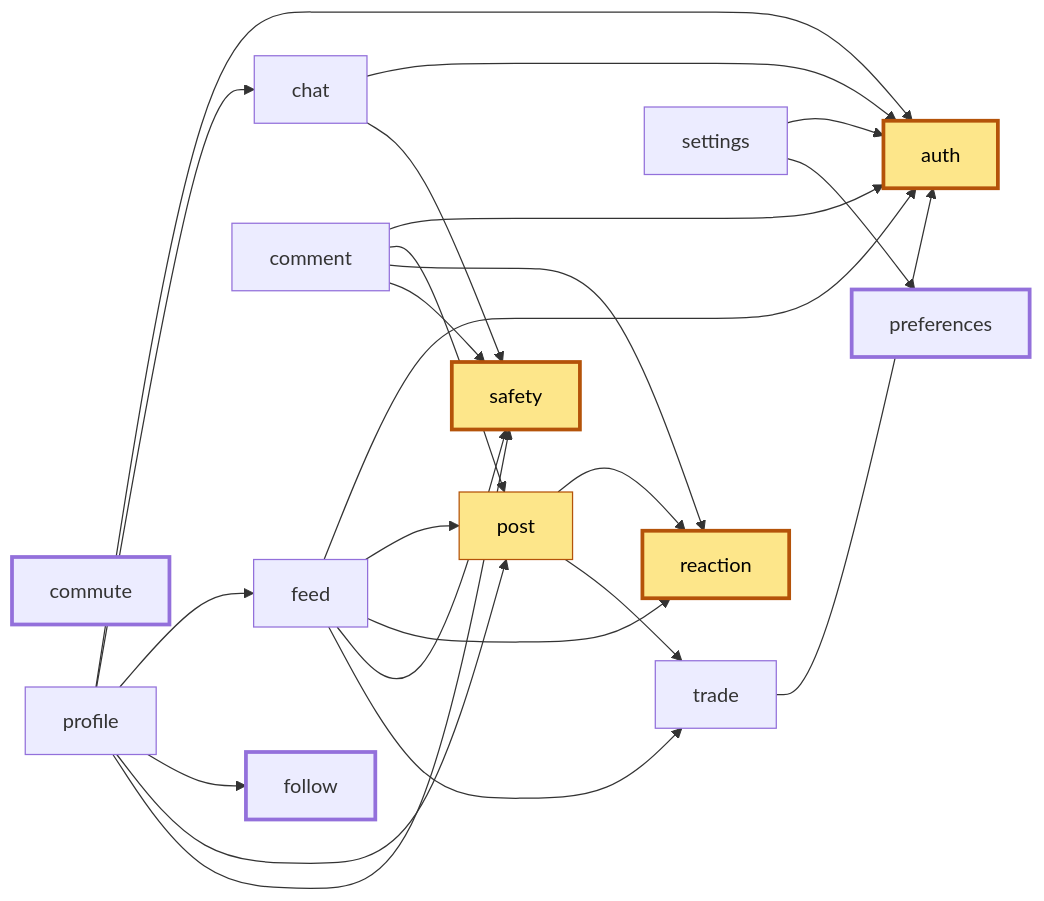
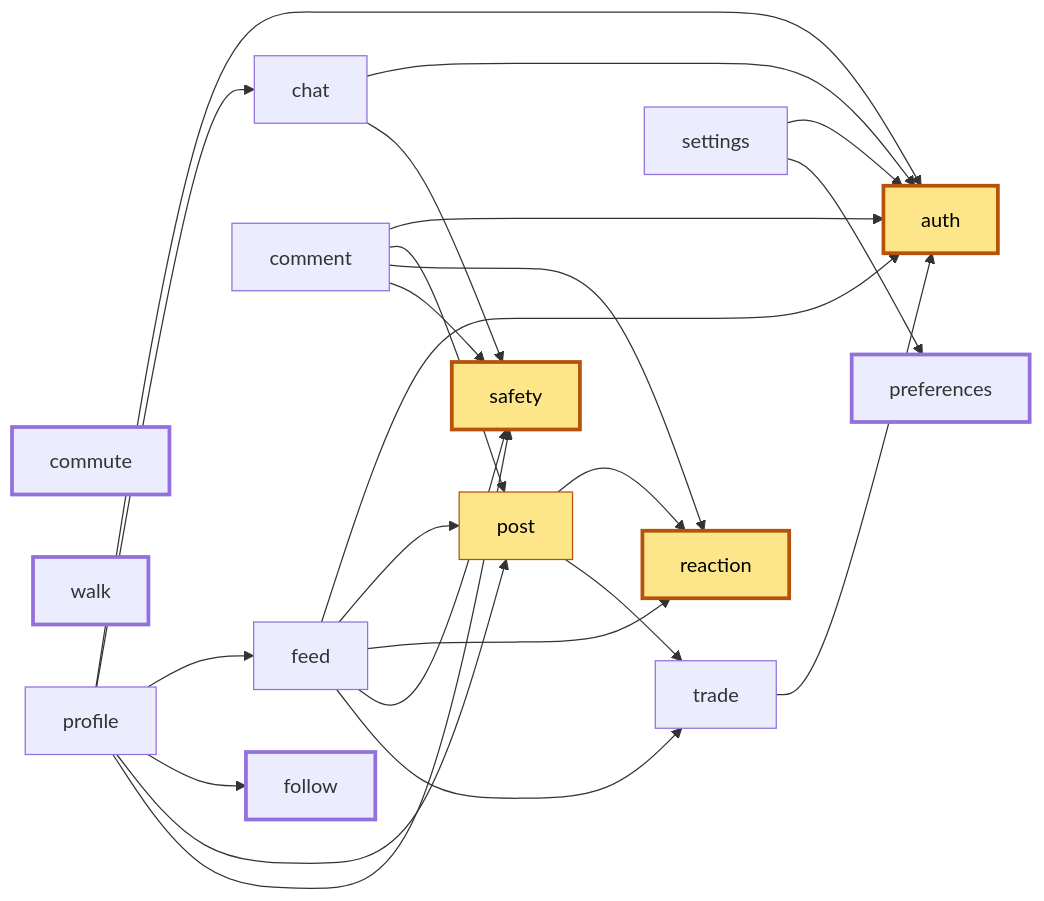
Before and after one commit to karma951221/flutter_apps: the second of 3 diagrams in docs/dependencies.md, drawn with Mermaid. The commit also changed other lines of this file and 19 other files, not shown here.

````diff
--- a/docs/dependencies.md
+++ b/docs/dependencies.md
@@ -45,44 +51,45 @@
 ```mermaid
 flowchart LR
   classDef leaf stroke-width:3px
   classDef hub fill:#fde68a,stroke:#b45309,color:#000
 
   auth:::hub
   safety:::hub
   post:::hub
   reaction:::hub
   trade
   follow:::leaf
   preferences:::leaf
   commute:::leaf
+  walk:::leaf
   chat
   comment
   feed
   settings
   profile
 
-  class auth,safety,reaction,follow,preferences,commute leaf
+  class auth,safety,reaction,follow,preferences,commute,walk leaf
 
   trade --> auth
   post --> reaction
   post --> trade
   chat --> auth
   chat --> safety
   settings --> auth
   settings --> preferences
   comment --> auth
   comment --> post
   comment --> reaction
   comment --> safety
   feed --> auth
   feed --> post
   feed --> reaction
   feed --> safety
   feed --> trade
   profile --> auth
   profile --> chat
   profile --> feed
   profile --> follow
   profile --> post
   profile --> safety
 ```
````
